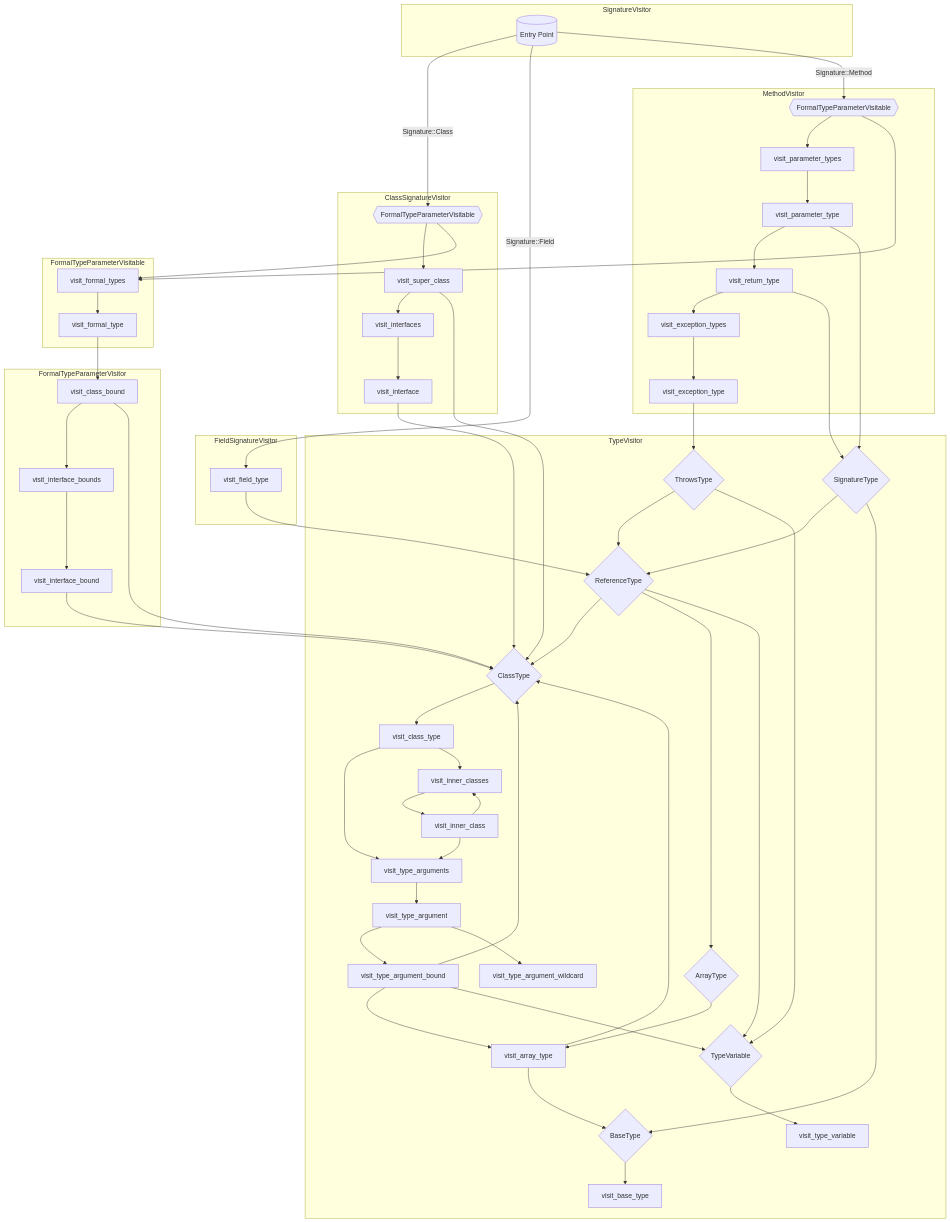
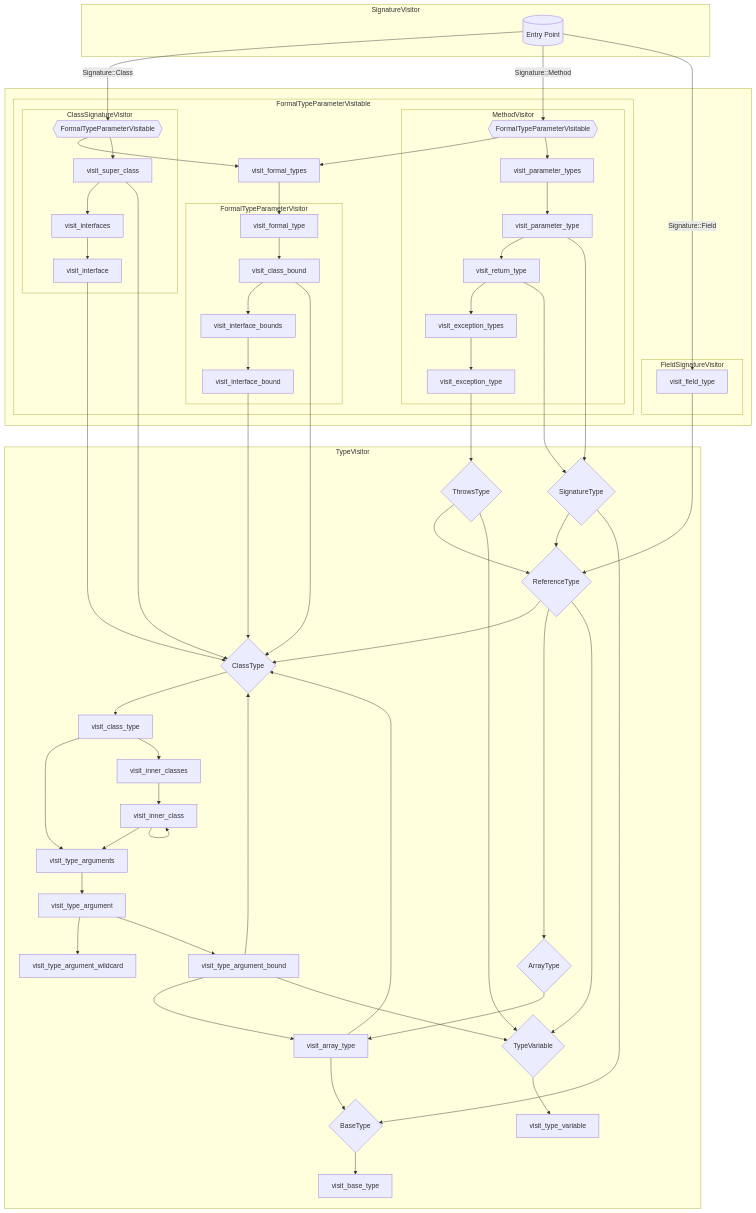
Before and after one commit to ChAoSUnItY/Ka-Pi: the diagram in assets/flow/signature/signature_visitor_all.mmd, drawn with Mermaid. The commit also changed 2 other files, not shown here.

Commit message:
Doc: Enhance flowchart of visit function invocation orders

```diff
--- a/assets/flow/signature/signature_visitor_all.mmd
+++ b/assets/flow/signature/signature_visitor_all.mmd
@@ -1,96 +1,101 @@
 flowchart
     subgraph SignatureVisitor
         SV_A0[(Entry Point)]
     end
     
-    subgraph ClassSignatureVisitor
-        CSV_A1{{FormalTypeParameterVisitable}}
-        CSV_A3[visit_super_class]
-        CSV_A4[visit_interfaces]
-        CSV_A5[visit_interface]
+    subgraph SignatureVisitors[" "]
+        subgraph FormalTypeParameterVisitable
+            FTPV0_A1[visit_formal_types]
+            FTPV0_A2[visit_formal_type]
+            
+            CSV_A1 & MV_A1 --> FTPV0_A1
+            FTPV0_A1 --> FTPV0_A2
 
-        SV_A0 -->|Signature::Class| CSV_A1 --> CSV_A3 --> CSV_A4 --> CSV_A5
-    end
-    
-    subgraph FieldSignatureVisitor
-        FSV_A1[visit_field_type]
+            subgraph FormalTypeParameterVisitor
+                FTPV_A1[visit_class_bound]
+                FTPV_A2[visit_interface_bounds]
+                FTPV_A3[visit_interface_bound]
+                
+                FTPV0_A2 --> FTPV_A1
+                FTPV_A1 --> FTPV_A2
+                FTPV_A2 --> FTPV_A3
+            end
+            
+            subgraph ClassSignatureVisitor
+                CSV_A1{{FormalTypeParameterVisitable}}
+                CSV_A3[visit_super_class]
+                CSV_A4[visit_interfaces]
+                CSV_A5[visit_interface]
+                
+                SV_A0 -->|Signature::Class| CSV_A1 --> CSV_A3 --> CSV_A4 --> CSV_A5
+            end
 
-        SV_A0 -->|Signature::Field| FSV_A1
-    end
-    
-    subgraph MethodVisitor
-        MV_A1{{FormalTypeParameterVisitable}}
-        MV_A3[visit_parameter_types]
-        MV_A4[visit_parameter_type]
-        MV_A5[visit_return_type]
-        MV_A6[visit_exception_types]
-        MV_A7[visit_exception_type]
+            subgraph MethodVisitor
+                MV_A1{{FormalTypeParameterVisitable}}
+                MV_A3[visit_parameter_types]
+                MV_A4[visit_parameter_type]
+                MV_A5[visit_return_type]
+                MV_A6[visit_exception_types]
+                MV_A7[visit_exception_type]
+                
+                SV_A0 -->|Signature::Method| MV_A1 --> MV_A3 --> MV_A4 --> MV_A5 --> MV_A6 --> MV_A7
+            end
+        end
+        
 
-        SV_A0 -->|Signature::Method| MV_A1 --> MV_A3 --> MV_A4 --> MV_A5 --> MV_A6 --> MV_A7
-    end
-    
-    subgraph FormalTypeParameterVisitable
-        FTPV0_A1[visit_formal_types]
-        FTPV0_A2[visit_formal_type]
+        subgraph FieldSignatureVisitor
+            FSV_A1[visit_field_type]
 
-        CSV_A1 & MV_A1 --> FTPV0_A1
-        FTPV0_A1 --> FTPV0_A2
-    end
-    
-    subgraph FormalTypeParameterVisitor
-        FTPV_A1[visit_class_bound]
-        FTPV_A2[visit_interface_bounds]
-        FTPV_A3[visit_interface_bound]
+            SV_A0 -->|Signature::Field| FSV_A1
+        end
 
-        FTPV0_A2 --> FTPV_A1
-        FTPV_A1 --> FTPV_A2
-        FTPV_A2 --> FTPV_A3
+
     end
     
     subgraph TypeVisitor
         TV_TYP_REF{ReferenceType}
         TV_TYP_SIG{SignatureType}
         TV_TYP_THR{ThrowsType}
         TV_TYP_BAS{BaseType}
         TV_TYP_ARR{ArrayType}
         TV_TYP_CLS{ClassType}
         TV_TYP_TYP_VAR{TypeVariable}
         
         TV_A1[visit_base_type]
         TV_A2[visit_class_type]
         TV_A3[visit_array_type]
         TV_A4[visit_type_variable]
         TV_B0[visit_type_arguments]
         TV_B1[visit_type_argument]
         TV_B2[visit_type_argument_bound]
         TV_B3[visit_type_argument_wildcard]
         TV_C0[visit_inner_classes]
         TV_C1[visit_inner_class]
 
         CSV_A3 & CSV_A5 & FTPV_A3 & FTPV_A1 & TV_TYP_REF & TV_B2 & TV_A3 --> TV_TYP_CLS
 
         FSV_A1 & TV_TYP_SIG & TV_TYP_THR --> TV_TYP_REF
 
         MV_A4 & MV_A5 --> TV_TYP_SIG
         MV_A7 --> TV_TYP_THR
 
         TV_TYP_SIG & TV_A3 --> TV_TYP_BAS
         TV_TYP_THR --> TV_TYP_TYP_VAR
         TV_TYP_REF --> TV_TYP_ARR
         TV_TYP_REF --> TV_TYP_TYP_VAR
         TV_TYP_BAS --> TV_A1
         TV_TYP_ARR --> TV_A3
         TV_TYP_CLS --> TV_A2
         TV_TYP_TYP_VAR --> TV_A4
 
         TV_A2 --> TV_B0
         TV_B0 --> TV_B1
+        TV_B1 --> TV_B3
         TV_B1 --> TV_B2
-        TV_B1 --> TV_B3
         TV_B2 --> TV_A3 & TV_TYP_TYP_VAR
 
         TV_A2 --> TV_C0
         TV_C0 --> TV_C1
         TV_C1 --> TV_B0
-        TV_C1 --> TV_C0
+        TV_C1 --> TV_C1
     end
```
